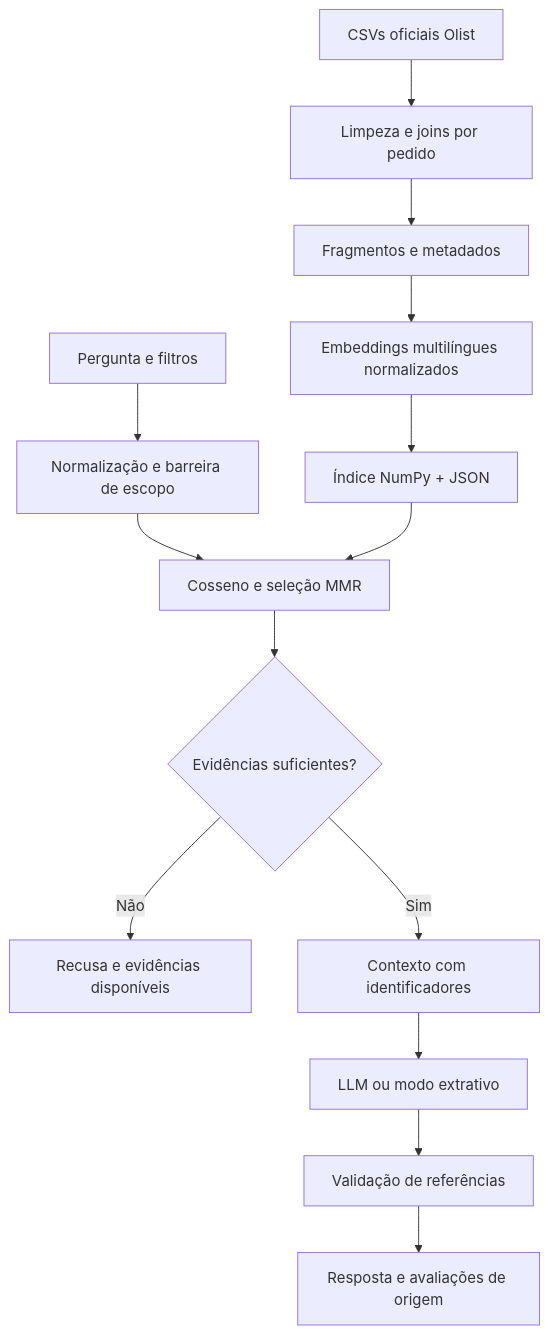
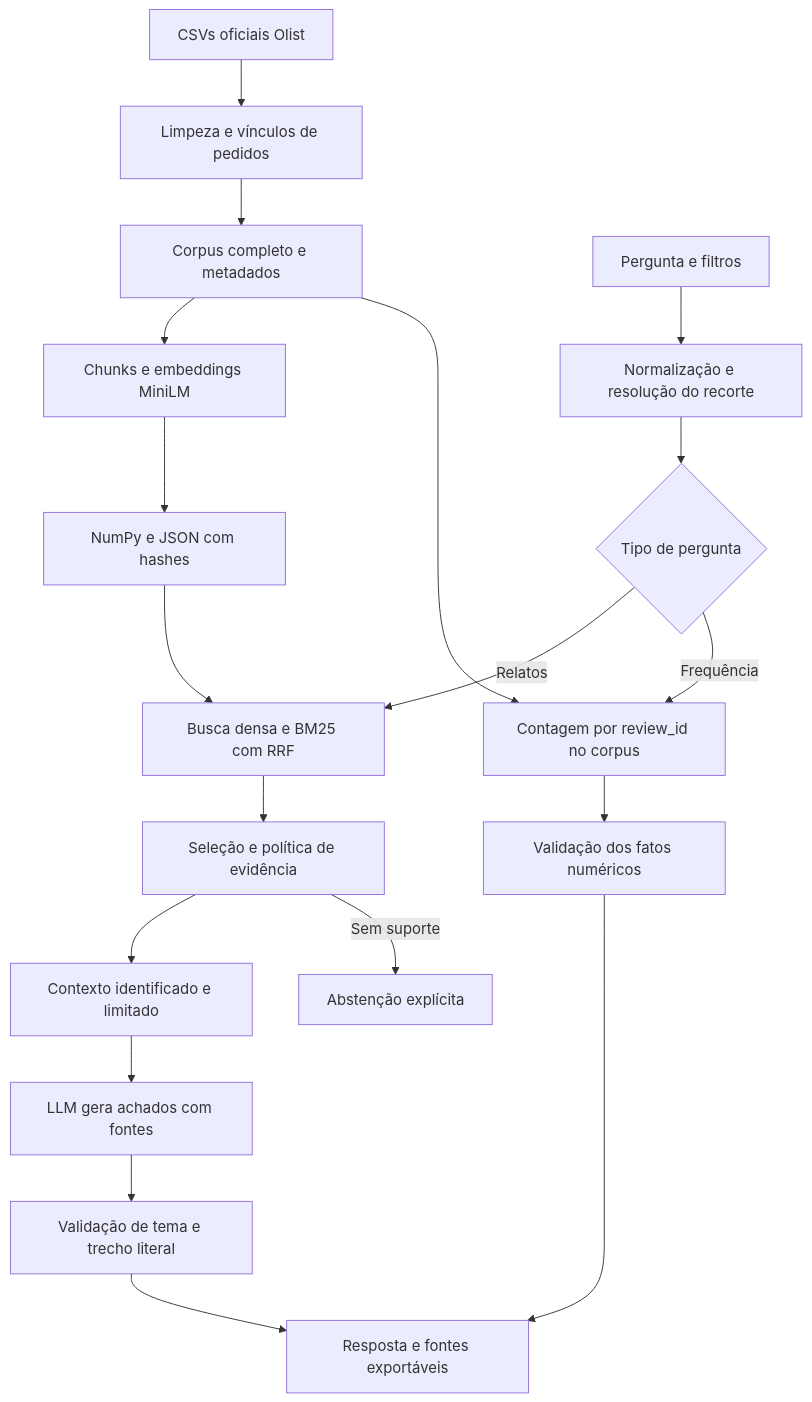
Before and after one commit to wilkerfc/Tech-Challenge-Fase-4-Voice-of-Customer-Intelligence-com-RAG: the diagram in README.md, drawn with Mermaid. The commit also changed other lines of this file and 50 other files, not shown here.

````diff
--- a/README.md
+++ b/README.md
@@ -79,16 +93,21 @@
 ```mermaid
 flowchart TD
-    A[CSVs oficiais Olist] --> B[Limpeza e joins por pedido]
-    B --> C[Fragmentos e metadados]
-    C --> D[Embeddings multilíngues normalizados]
-    D --> E[Índice NumPy + JSON]
-    Q[Pergunta e filtros] --> N[Normalização e barreira de escopo]
-    N --> R[Cosseno e seleção MMR]
-    E --> R
-    R --> G{Evidências suficientes?}
-    G -->|Não| F[Recusa e evidências disponíveis]
-    G -->|Sim| X[Contexto com identificadores]
-    X --> L[LLM ou modo extrativo]
-    L --> V[Validação de referências]
-    V --> U[Resposta e avaliações de origem]
+    A[CSVs oficiais Olist] --> B[Limpeza e vínculos de pedidos]
+    B --> C[Corpus completo e metadados]
+    C --> D[Chunks e embeddings MiniLM]
+    D --> E[NumPy e JSON com hashes]
+    Q[Pergunta e filtros] --> P[Normalização e resolução do recorte]
+    P --> R{Tipo de pergunta}
+    R -->|Relatos| H[Busca densa e BM25 com RRF]
+    E --> H
+    H --> G[Seleção e política de evidência]
+    G --> X[Contexto identificado e limitado]
+    X --> L[LLM gera achados com fontes]
+    L --> V[Validação de tema e trecho literal]
+    R -->|Frequência| N[Contagem por review_id no corpus]
+    C --> N
+    N --> F[Validação dos fatos numéricos]
+    V --> U[Resposta e fontes exportáveis]
+    F --> U
+    G -->|Sem suporte| S[Abstenção explícita]
 ```
````
